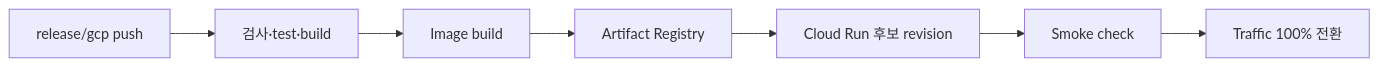
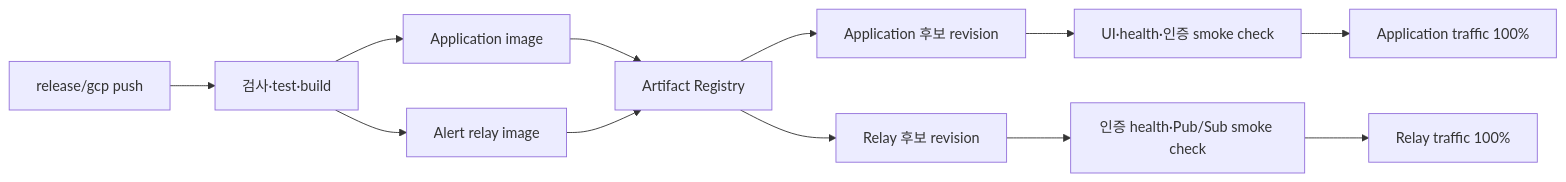
The fourth of 4 diagrams in docs/architecture.md (Sihyeon-Ji/trend-interpreter), drawn with Mermaid before and after one commit. The commit also changed other lines of this file and 18 other files, not shown here.

````diff
--- a/docs/architecture.md
+++ b/docs/architecture.md
@@ -158,9 +164,14 @@
 ```mermaid
 flowchart LR
   Push[release/gcp push] --> Check[검사·test·build]
-  Check --> Image[Image build]
-  Image --> Registry[Artifact Registry]
-  Registry --> Candidate[Cloud Run 후보 revision]
-  Candidate --> Smoke[Smoke check]
-  Smoke --> Promote[Traffic 100% 전환]
+  Check --> AppImage[Application image]
+  Check --> RelayImage[Alert relay image]
+  AppImage --> Registry[Artifact Registry]
+  RelayImage --> Registry
+  Registry --> AppCandidate[Application 후보 revision]
+  Registry --> RelayCandidate[Relay 후보 revision]
+  AppCandidate --> AppSmoke[UI·health·인증 smoke check]
+  RelayCandidate --> RelaySmoke[인증 health·Pub/Sub smoke check]
+  AppSmoke --> AppPromote[Application traffic 100%]
+  RelaySmoke --> RelayPromote[Relay traffic 100%]
 ```
````
